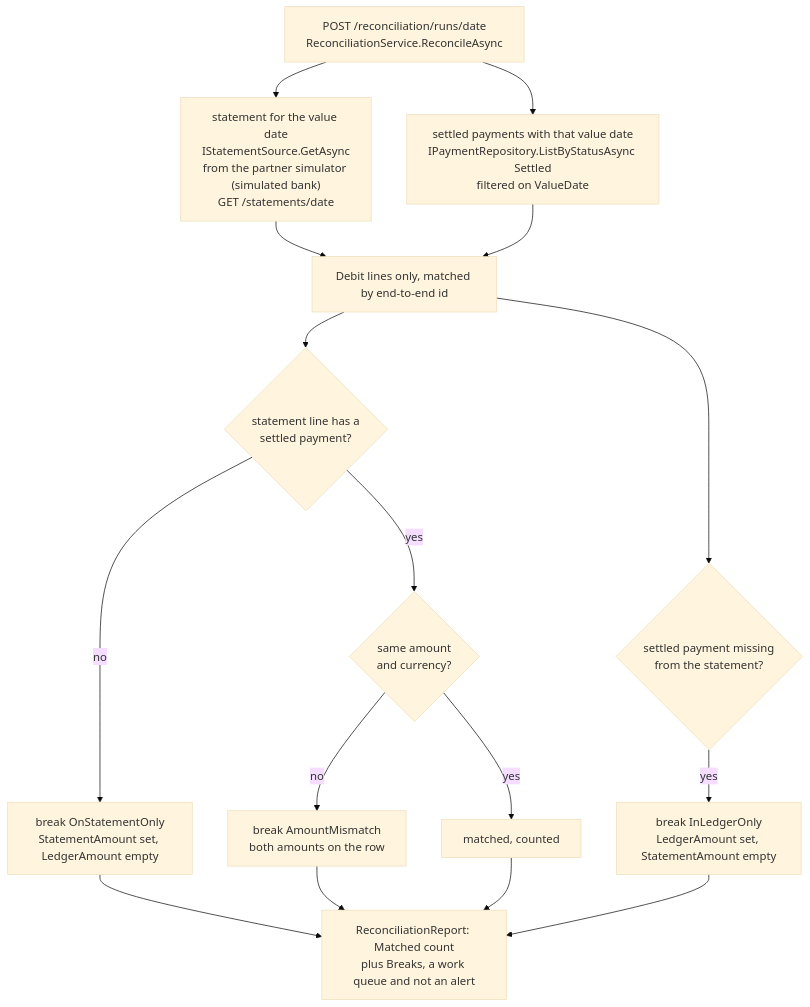
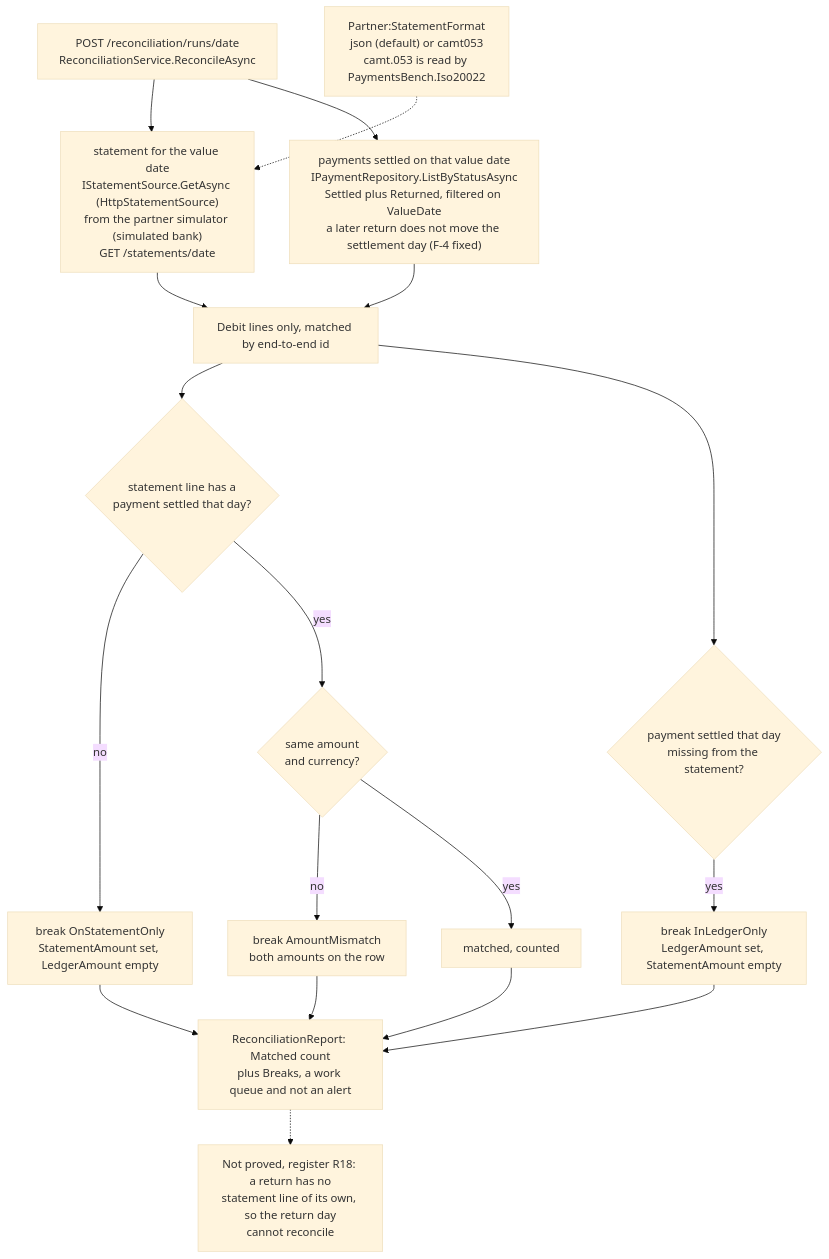
Before and after one commit to konradcinkusz/payments-bench: the diagram in docs/diagrams/a5-reconciliation.mmd, drawn with Mermaid (base theme). The commit also changed 7 other files, not shown here.

First line of the commit message:
Docs final pass: diagrams and site figures match main (#34)

```diff
--- a/docs/diagrams/a5-reconciliation.mmd
+++ b/docs/diagrams/a5-reconciliation.mmd
@@ -1,22 +1,25 @@
 flowchart TB
     RUN["POST /reconciliation/runs/date<br/>ReconciliationService.ReconcileAsync"]
-    ST["statement for the value date<br/>IStatementSource.GetAsync<br/>from the partner simulator (simulated bank)<br/>GET /statements/date"]
-    SP["settled payments with that value date<br/>IPaymentRepository.ListByStatusAsync Settled<br/>filtered on ValueDate"]
+    ST["statement for the value date<br/>IStatementSource.GetAsync (HttpStatementSource)<br/>from the partner simulator (simulated bank)<br/>GET /statements/date"]
+    FMT["Partner:StatementFormat<br/>json (default) or camt053<br/>camt.053 is read by PaymentsBench.Iso20022"]
+    SP["payments settled on that value date<br/>IPaymentRepository.ListByStatusAsync<br/>Settled plus Returned, filtered on ValueDate<br/>a later return does not move the settlement day (F-4 fixed)"]
 
     RUN --> ST
+    FMT -.-> ST
     RUN --> SP
     ST --> DEB["Debit lines only, matched by end-to-end id"]
     SP --> DEB
 
-    DEB --> Q1{"statement line has a<br/>settled payment?"}
+    DEB --> Q1{"statement line has a<br/>payment settled that day?"}
     Q1 -- "no" --> B1["break OnStatementOnly<br/>StatementAmount set, LedgerAmount empty"]
     Q1 -- "yes" --> Q2{"same amount<br/>and currency?"}
     Q2 -- "no" --> B3["break AmountMismatch<br/>both amounts on the row"]
     Q2 -- "yes" --> M["matched, counted"]
-    DEB --> Q3{"settled payment missing<br/>from the statement?"}
+    DEB --> Q3{"payment settled that day<br/>missing from the statement?"}
     Q3 -- "yes" --> B2["break InLedgerOnly<br/>LedgerAmount set, StatementAmount empty"]
 
     B1 --> WQ["ReconciliationReport: Matched count<br/>plus Breaks, a work queue and not an alert"]
     B2 --> WQ
     B3 --> WQ
     M --> WQ
+    WQ -.-> R18["Not proved, register R18: a return has no<br/>statement line of its own, so the return day<br/>cannot reconcile"]
```
